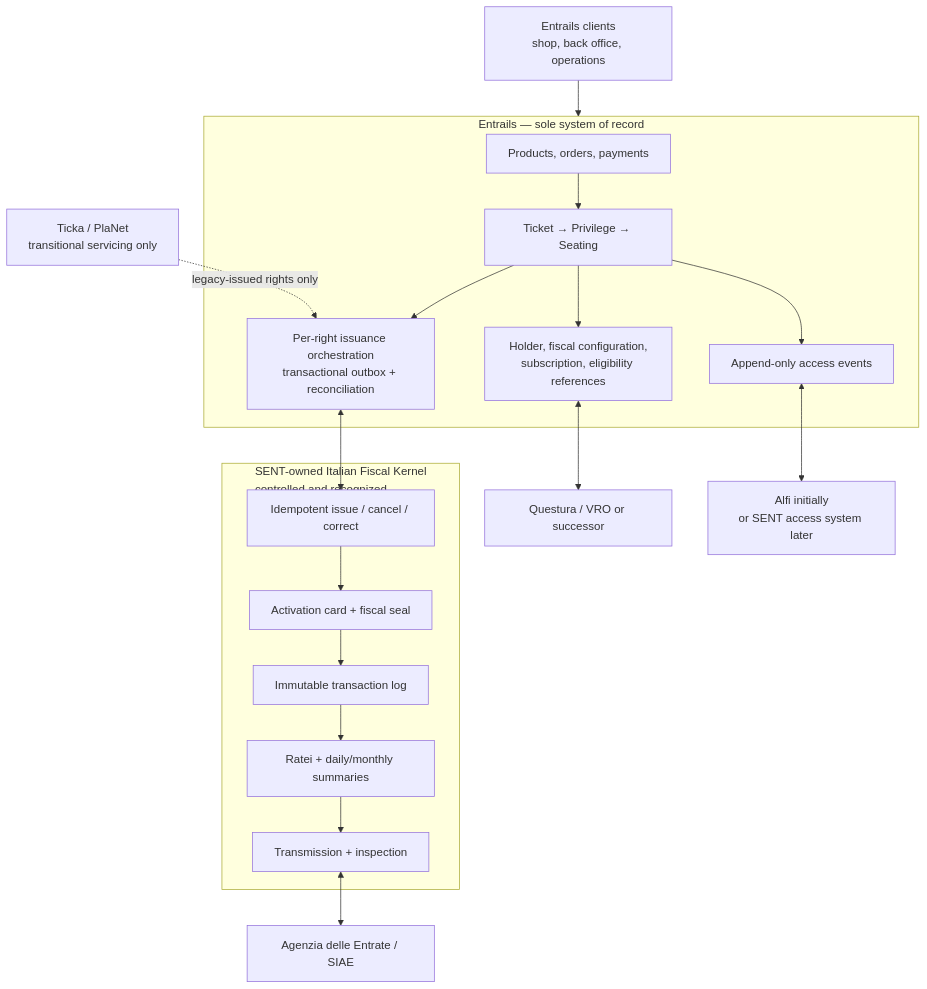
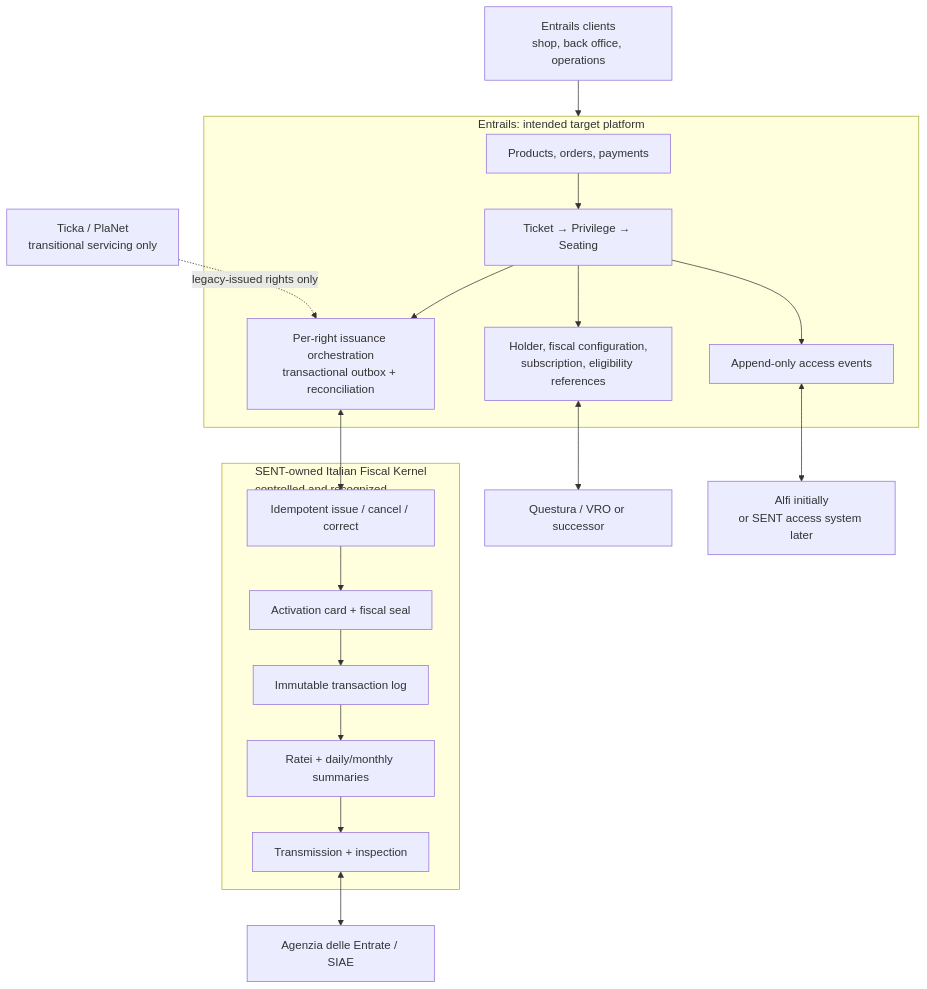
The first of 3 diagrams in research-blueprint.md (SENT-Ticketing/como-entrails-migration-guide), drawn with Mermaid before and after one commit. The commit also changed other lines of this file and 3 other files, not shown here.

````diff
--- a/research-blueprint.md
+++ b/research-blueprint.md
@@ -126,37 +126,37 @@
 ```mermaid
 flowchart TB
   clients["Entrails clients\nshop, back office, operations"]
 
-  subgraph entrails["Entrails — sole system of record"]
+  subgraph entrails["Entrails: intended target platform"]
     commerce["Products, orders, payments"]
     rights["Ticket → Privilege → Seating"]
     italy["Holder, fiscal configuration,\nsubscription, eligibility references"]
     orchestration["Per-right issuance orchestration\ntransactional outbox + reconciliation"]
     access["Append-only access events"]
     commerce --> rights
     rights --> italy
     rights --> orchestration
     rights --> access
   end
 
   subgraph fiscal["SENT-owned Italian Fiscal Kernel\ncontrolled and recognized"]
     commands["Idempotent issue / cancel / correct"]
     card["Activation card + fiscal seal"]
     log["Immutable transaction log"]
     summaries["Ratei + daily/monthly summaries"]
     inspection["Transmission + inspection"]
     commands --> card --> log --> summaries --> inspection
   end
 
   authorities["Agenzia delle Entrate / SIAE"]
   safety["Questura / VRO or successor"]
   gates["Alfi initially\nor SENT access system later"]
   legacy["Ticka / PlaNet\ntransitional servicing only"]
 
   clients --> entrails
   orchestration <--> commands
   inspection <--> authorities
   italy <--> safety
   access <--> gates
   legacy -. "legacy-issued rights only" .-> orchestration
 ```
````
